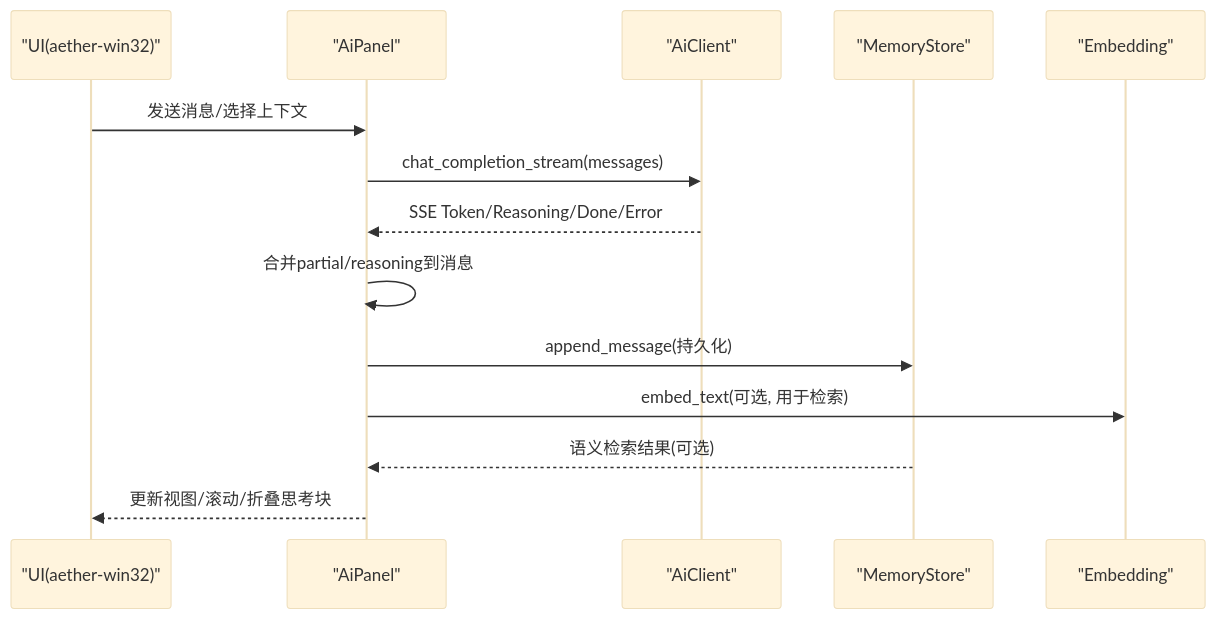
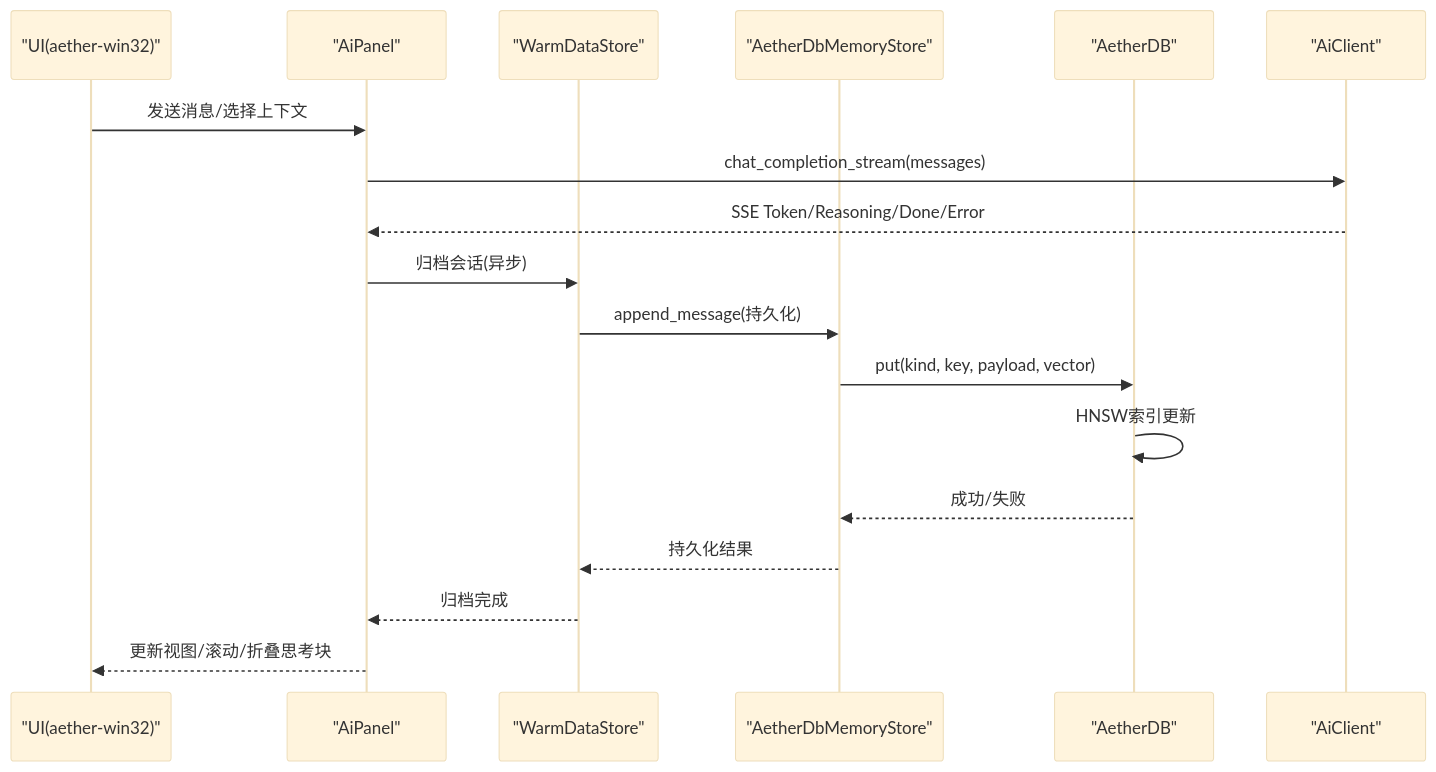
One commit to aetherstudio-cn/AetherStudio changed the second of 7 diagrams in .qoder/repowiki/zh/content/扩展系统/AI面板系统.md. Above: the diagram before and after it, drawn with Mermaid (base theme). The commit also changed other lines of this file and 7 other files, not shown here.

````diff
--- a/.qoder/repowiki/zh/content/扩展系统/AI面板系统.md
+++ b/.qoder/repowiki/zh/content/扩展系统/AI面板系统.md
@@ -83,16 +104,20 @@
 ```mermaid
 sequenceDiagram
 participant UI as "UI(aether-win32)"
 participant Panel as "AiPanel"
+participant WarmData as "WarmDataStore"
+participant Store as "AetherDbMemoryStore"
+participant DB as "AetherDB"
 participant Client as "AiClient"
-participant Store as "MemoryStore"
-participant Embed as "Embedding"
 UI->>Panel : 发送消息/选择上下文
 Panel->>Client : chat_completion_stream(messages)
 Client-->>Panel : SSE Token/Reasoning/Done/Error
-Panel->>Panel : 合并partial/reasoning到消息
-Panel->>Store : append_message(持久化)
-Panel->>Embed : embed_text(可选, 用于检索)
-Store-->>Panel : 语义检索结果(可选)
+Panel->>WarmData : 归档会话(异步)
+WarmData->>Store : append_message(持久化)
+Store->>DB : put(kind, key, payload, vector)
+DB->>DB : HNSW索引更新
+DB-->>Store : 成功/失败
+Store-->>WarmData : 持久化结果
+WarmData-->>Panel : 归档完成
 Panel-->>UI : 更新视图/滚动/折叠思考块
 ```
````
